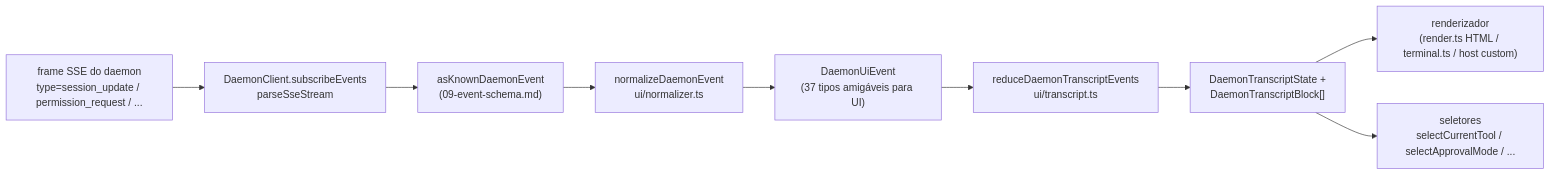
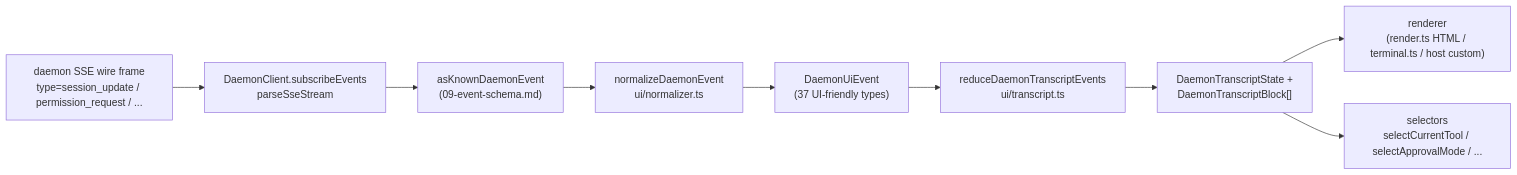
One commit to QwenLM/qwen-code-docs changed the diagram in website/content/pt-BR/developers/daemon/14-cli-tui-adapter.md. Above: the diagram before and after it, drawn with Mermaid. The commit also changed other lines of this file and 162 other files, not shown here.

````diff
--- a/website/content/pt-BR/developers/daemon/14-cli-tui-adapter.md
+++ b/website/content/pt-BR/developers/daemon/14-cli-tui-adapter.md
@@ -114,12 +114,12 @@
 ```mermaid
 flowchart LR
-    A["frame SSE do daemon<br/>type=session_update / permission_request / ..."]
+    A["daemon SSE wire frame<br/>type=session_update / permission_request / ..."]
     A --> B["DaemonClient.subscribeEvents<br/>parseSseStream"]
     B --> C["asKnownDaemonEvent<br/>(09-event-schema.md)"]
     C --> D["normalizeDaemonEvent<br/>ui/normalizer.ts"]
-    D --> E["DaemonUiEvent<br/>(37 tipos amigáveis para UI)"]
+    D --> E["DaemonUiEvent<br/>(37 UI-friendly types)"]
     E --> F["reduceDaemonTranscriptEvents<br/>ui/transcript.ts"]
     F --> G["DaemonTranscriptState +<br/>DaemonTranscriptBlock[]"]
-    G --> H["renderizador<br/>(render.ts HTML / terminal.ts / host custom)"]
-    G --> I["seletores<br/>selectCurrentTool / selectApprovalMode / ..."]
+    G --> H["renderer<br/>(render.ts HTML / terminal.ts / host custom)"]
+    G --> I["selectors<br/>selectCurrentTool / selectApprovalMode / ..."]
 ```
````
